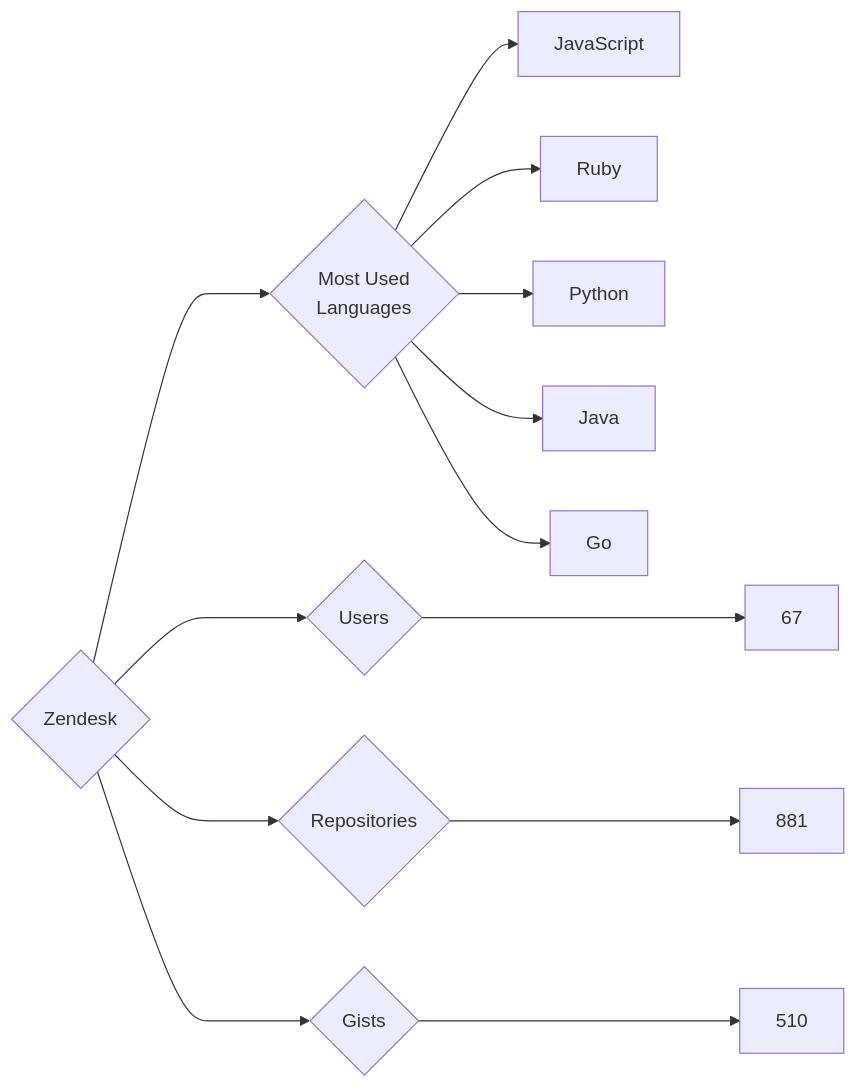
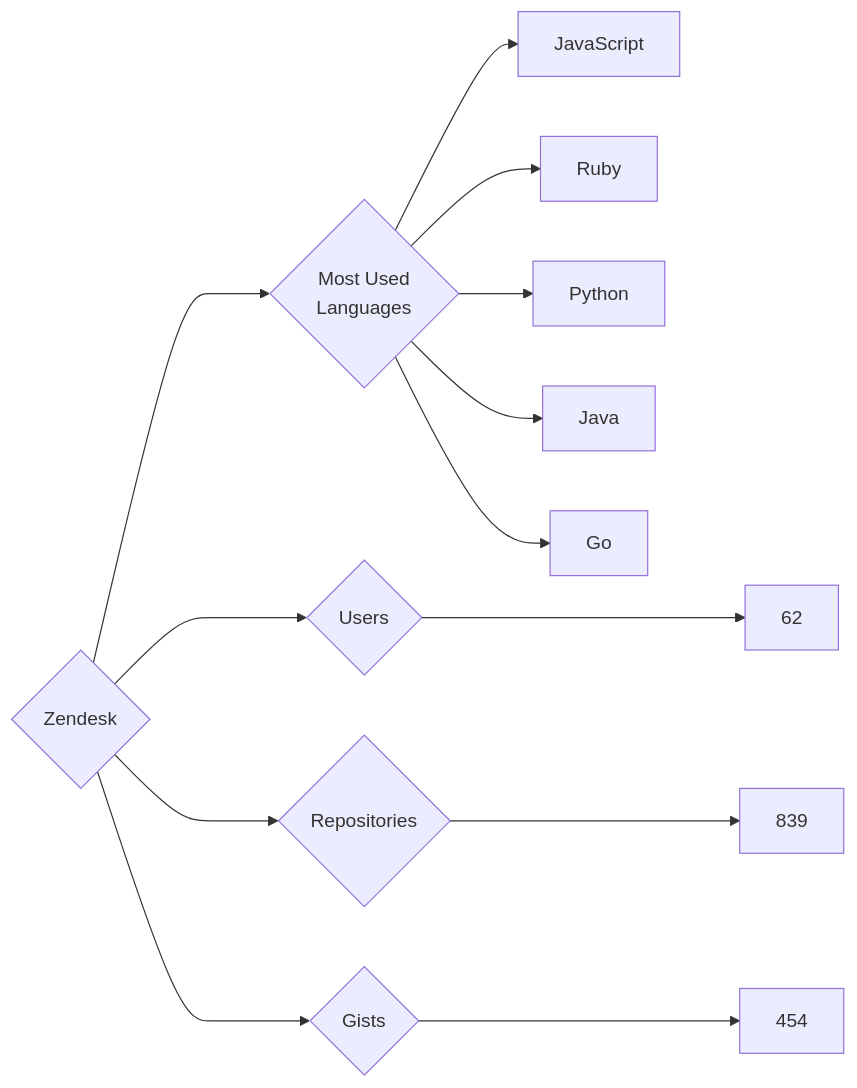
One commit to trickest/insiders changed the diagram in targets/Zendesk/README.md. Above: the diagram before and after it, drawn with Mermaid. The commit also changed 995 other files, not shown here.

````diff
--- a/targets/Zendesk/README.md
+++ b/targets/Zendesk/README.md
@@ -3,13 +3,13 @@
 ```mermaid
 graph LR
 COMPANY_NAME{Zendesk}
-COMPANY_NAME ---> U{Users} ---> UN[67]
-COMPANY_NAME ---> R{Repositories} ---> RN[881]
-COMPANY_NAME ---> G{Gists} ---> GN[510]
+COMPANY_NAME ---> U{Users} ---> UN[62]
+COMPANY_NAME ---> R{Repositories} ---> RN[839]
+COMPANY_NAME ---> G{Gists} ---> GN[454]
 COMPANY_NAME ---> ML{Most Used<br>Languages}
 ML --> JavaScript[JavaScript]
 ML --> Ruby[Ruby]
 ML --> Python[Python]
 ML --> Java[Java]
 ML --> Go[Go]
 ```
````
